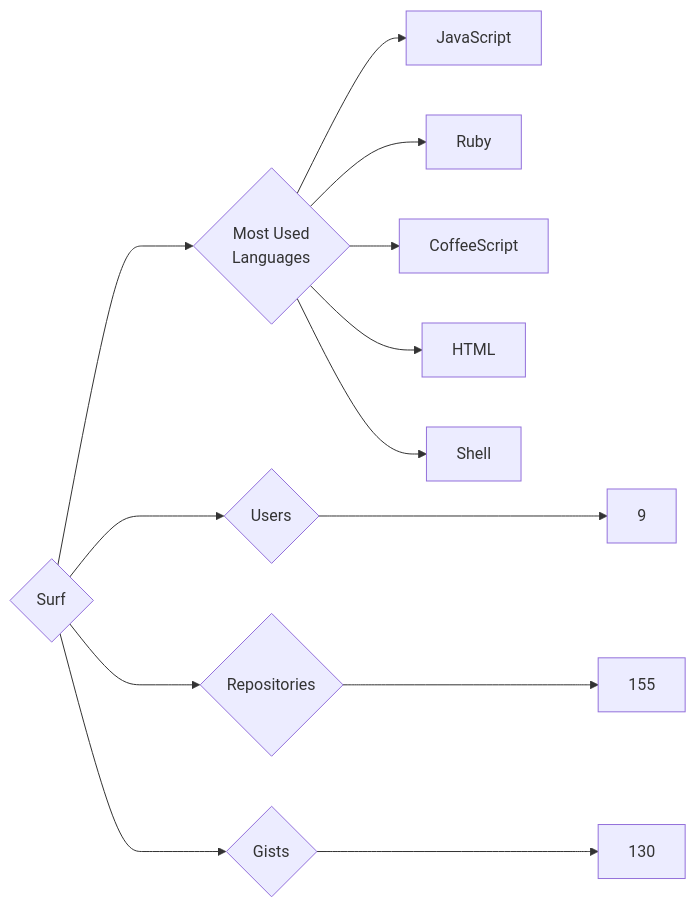
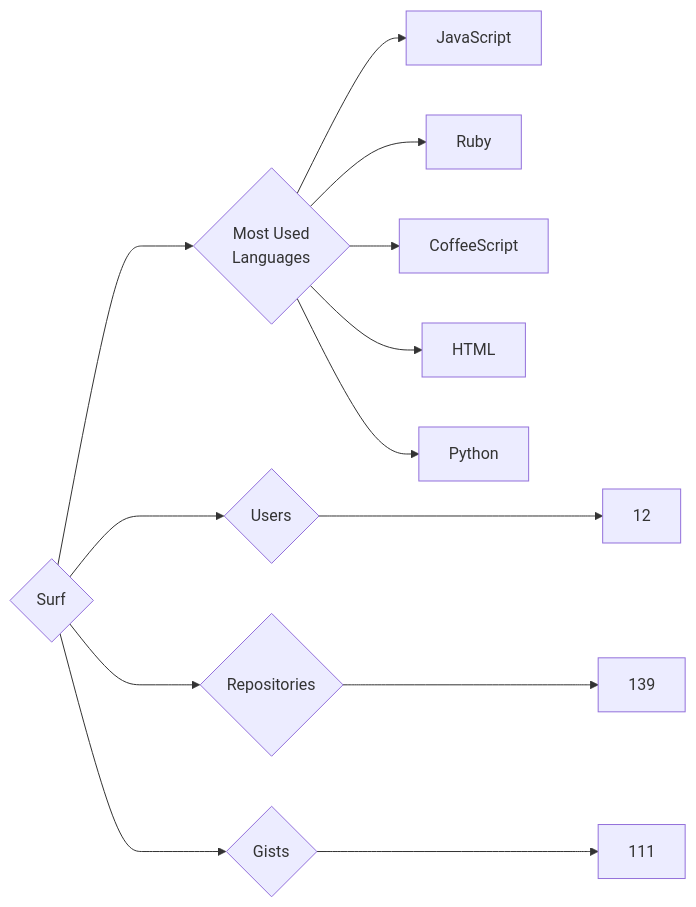
The diagram in targets/Surf/README.md (trickest/insiders), drawn with Mermaid before and after one commit. The commit also changed 953 other files, not shown here.

````diff
--- a/targets/Surf/README.md
+++ b/targets/Surf/README.md
@@ -3,13 +3,13 @@
 ```mermaid
 graph LR
 COMPANY_NAME{Surf}
-COMPANY_NAME ---> U{Users} ---> UN[9]
-COMPANY_NAME ---> R{Repositories} ---> RN[155]
-COMPANY_NAME ---> G{Gists} ---> GN[130]
+COMPANY_NAME ---> U{Users} ---> UN[12]
+COMPANY_NAME ---> R{Repositories} ---> RN[139]
+COMPANY_NAME ---> G{Gists} ---> GN[111]
 COMPANY_NAME ---> ML{Most Used<br>Languages}
 ML --> JavaScript[JavaScript]
 ML --> Ruby[Ruby]
 ML --> CoffeeScript[CoffeeScript]
 ML --> HTML[HTML]
-ML --> Shell[Shell]
+ML --> Python[Python]
 ```
````
